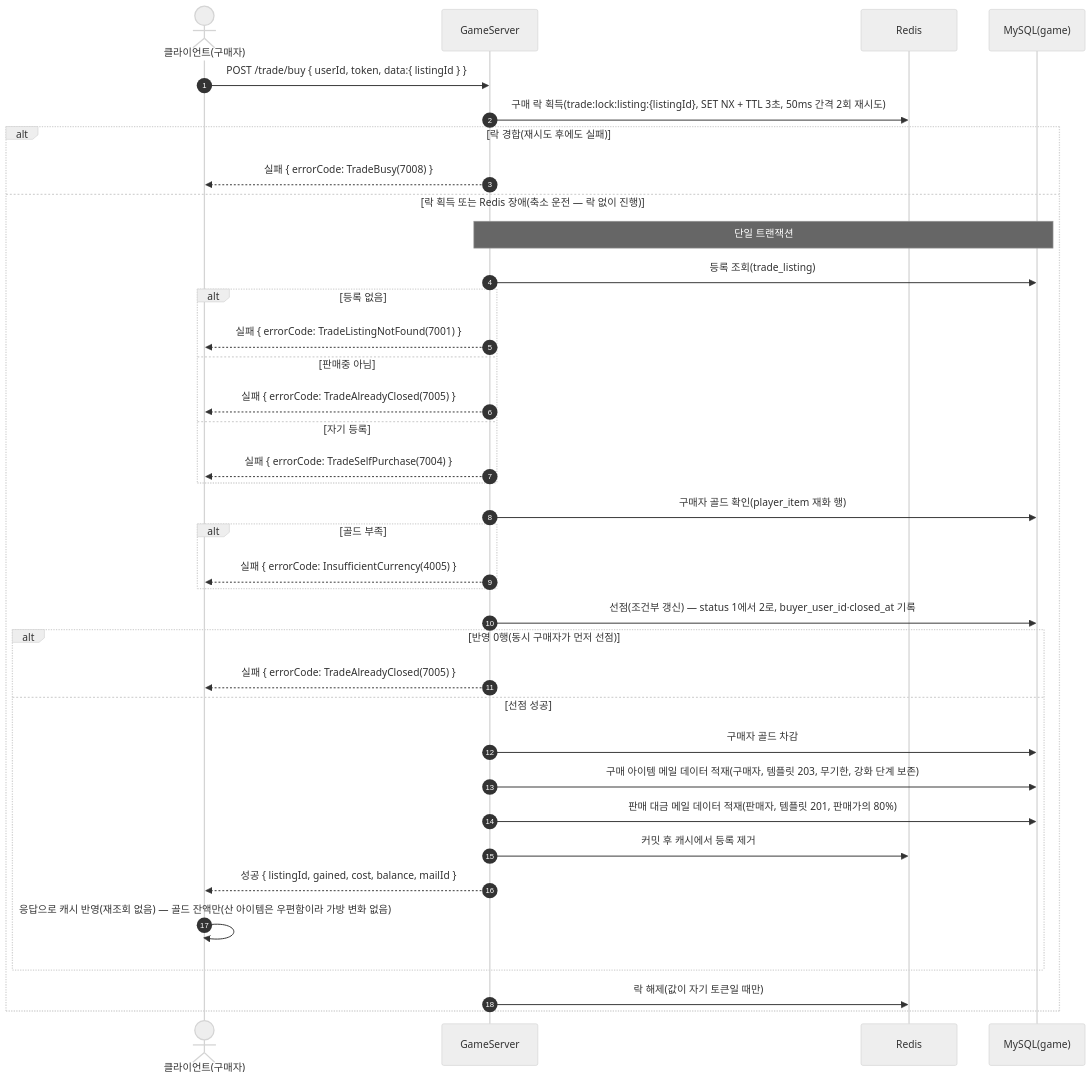
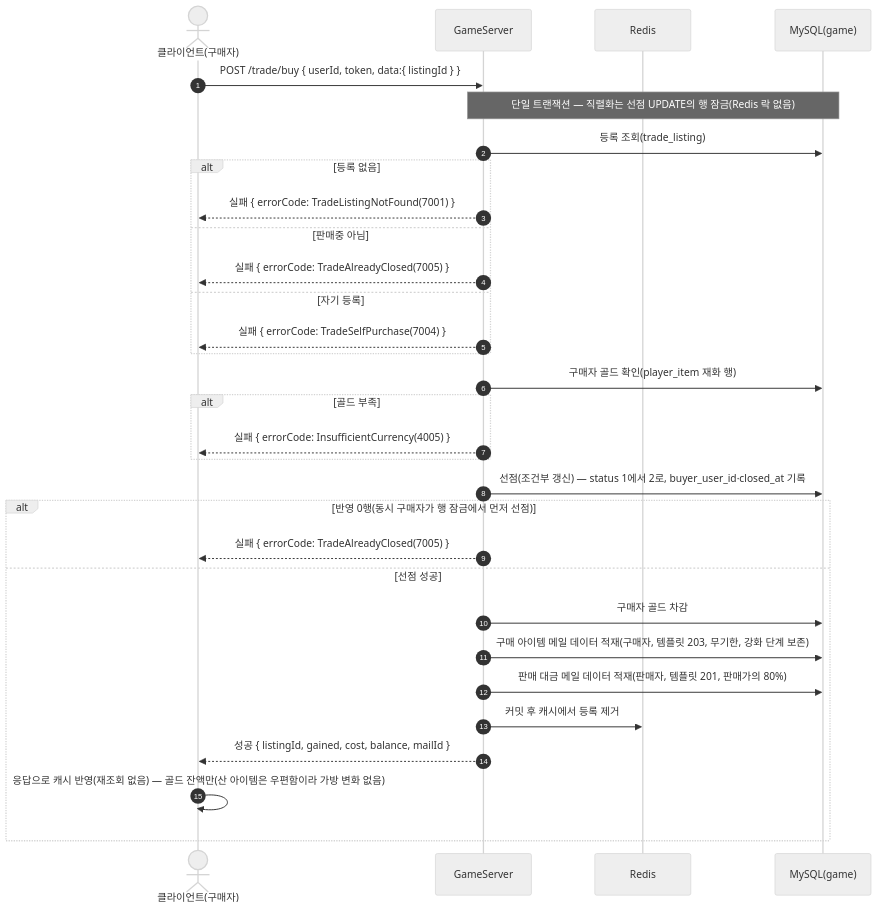
Before and after one commit to ks-wook/com2us-taskbar-hero: diagram 27 of 35 in SequenceDiagram/README.md, drawn with Mermaid (neutral theme). The commit also changed other lines of this file and 8 other files, not shown here.

````diff
--- a/SequenceDiagram/README.md
+++ b/SequenceDiagram/README.md
@@ -872,40 +872,34 @@
 ```mermaid
 sequenceDiagram
     autonumber
     actor C as 클라이언트(구매자)
     participant S as GameServer
     participant R as Redis
     participant DB as MySQL(game)
 
     C->>S: POST /trade/buy { userId, token, data:{ listingId } }
-    S->>R: 구매 락 획득(trade:lock:listing:{listingId}, SET NX + TTL 3초, 50ms 간격 2회 재시도)
-    alt 락 경합(재시도 후에도 실패)
-        S-->>C: 실패 { errorCode: TradeBusy(7008) }
-    else 락 획득 또는 Redis 장애(축소 운전 — 락 없이 진행)
-        Note over S,DB: 단일 트랜잭션
-        S->>DB: 등록 조회(trade_listing)
-        alt 등록 없음
-            S-->>C: 실패 { errorCode: TradeListingNotFound(7001) }
-        else 판매중 아님
-            S-->>C: 실패 { errorCode: TradeAlreadyClosed(7005) }
-        else 자기 등록
-            S-->>C: 실패 { errorCode: TradeSelfPurchase(7004) }
-        end
-        S->>DB: 구매자 골드 확인(player_item 재화 행)
-        alt 골드 부족
-            S-->>C: 실패 { errorCode: InsufficientCurrency(4005) }
-        end
-        S->>DB: 선점(조건부 갱신) — status 1에서 2로, buyer_user_id·closed_at 기록
-        alt 반영 0행(동시 구매자가 먼저 선점)
-            S-->>C: 실패 { errorCode: TradeAlreadyClosed(7005) }
-        else 선점 성공
-            S->>DB: 구매자 골드 차감
-            S->>DB: 구매 아이템 메일 데이터 적재(구매자, 템플릿 203, 무기한, 강화 단계 보존)
-            S->>DB: 판매 대금 메일 데이터 적재(판매자, 템플릿 201, 판매가의 80%)
-            S->>R: 커밋 후 캐시에서 등록 제거
-            S-->>C: 성공 { listingId, gained, cost, balance, mailId }
-            C->>C: 응답으로 캐시 반영(재조회 없음) — 골드 잔액만(산 아이템은 우편함이라 가방 변화 없음)
-        end
-        S->>R: 락 해제(값이 자기 토큰일 때만)
+    Note over S,DB: 단일 트랜잭션 — 직렬화는 선점 UPDATE의 행 잠금(Redis 락 없음)
+    S->>DB: 등록 조회(trade_listing)
+    alt 등록 없음
+        S-->>C: 실패 { errorCode: TradeListingNotFound(7001) }
+    else 판매중 아님
+        S-->>C: 실패 { errorCode: TradeAlreadyClosed(7005) }
+    else 자기 등록
+        S-->>C: 실패 { errorCode: TradeSelfPurchase(7004) }
+    end
+    S->>DB: 구매자 골드 확인(player_item 재화 행)
+    alt 골드 부족
+        S-->>C: 실패 { errorCode: InsufficientCurrency(4005) }
+    end
+    S->>DB: 선점(조건부 갱신) — status 1에서 2로, buyer_user_id·closed_at 기록
+    alt 반영 0행(동시 구매자가 행 잠금에서 먼저 선점)
+        S-->>C: 실패 { errorCode: TradeAlreadyClosed(7005) }
+    else 선점 성공
+        S->>DB: 구매자 골드 차감
+        S->>DB: 구매 아이템 메일 데이터 적재(구매자, 템플릿 203, 무기한, 강화 단계 보존)
+        S->>DB: 판매 대금 메일 데이터 적재(판매자, 템플릿 201, 판매가의 80%)
+        S->>R: 커밋 후 캐시에서 등록 제거
+        S-->>C: 성공 { listingId, gained, cost, balance, mailId }
+        C->>C: 응답으로 캐시 반영(재조회 없음) — 골드 잔액만(산 아이템은 우편함이라 가방 변화 없음)
     end
 ```
````
